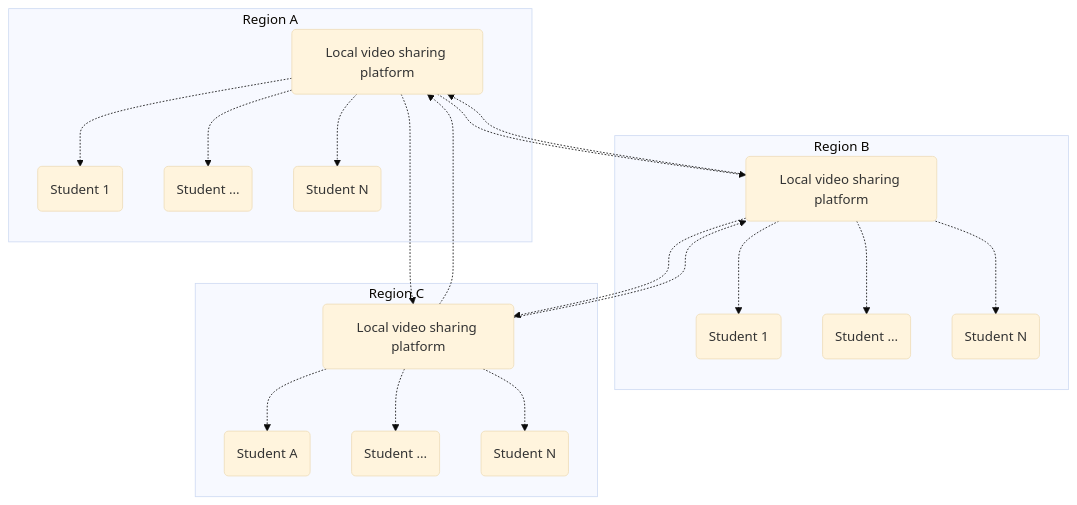
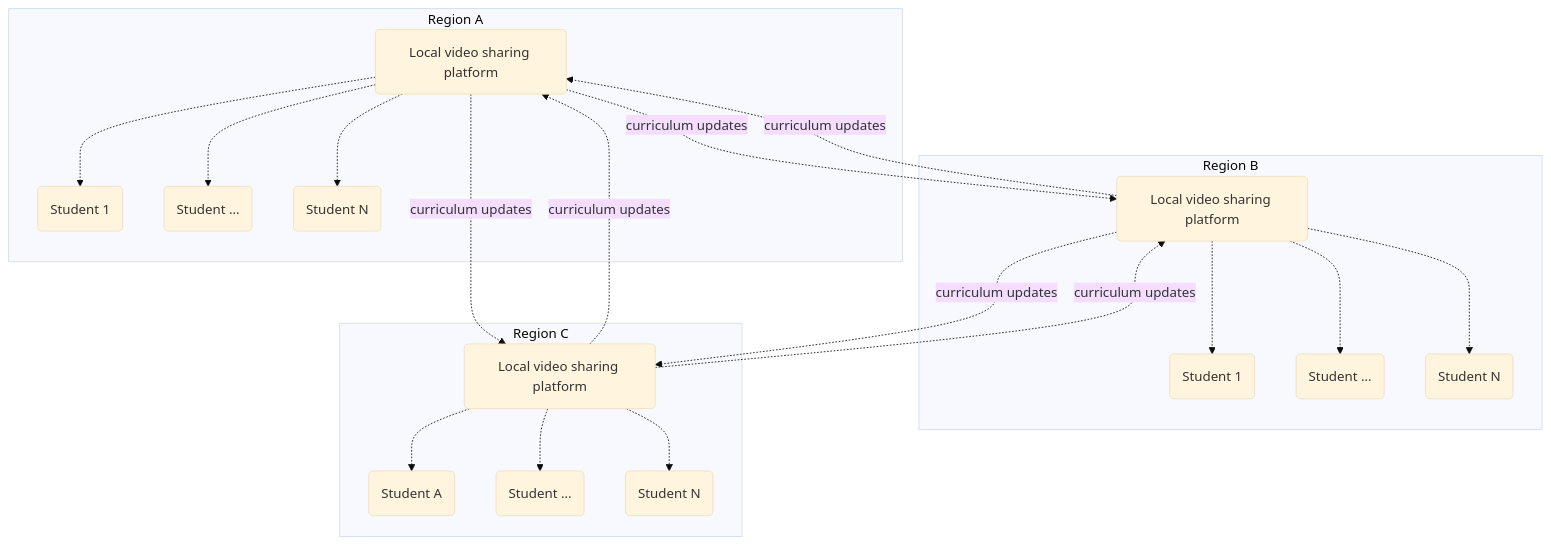
One commit to ourworldventures/ourworld_books_OLD changed the second of 2 diagrams in docs/feasibility_study/src/Capabilities/Education.md. Above: the diagram before and after it, drawn with Mermaid (base theme). The commit also changed 38 other files, not shown here.

Commit message:
Updated mermaids

````diff
--- a/docs/feasibility_study/src/Capabilities/Education.md
+++ b/docs/feasibility_study/src/Capabilities/Education.md
@@ -63,40 +63,40 @@
 ```mermaid
 graph TD
     subgraph Region A
         INDIVIDUALAA(Student 1)
         INDIVIDUALAC(Student ...)
         INDIVIDUALAD(Student N)
         VIDEOPLATFORMA(Local video sharing platform)
         VIDEOPLATFORMA .-> INDIVIDUALAA
         VIDEOPLATFORMA .-> INDIVIDUALAC
         VIDEOPLATFORMA .-> INDIVIDUALAD
     end
 
     subgraph Region B
         INDIVIDUALBA(Student 1)
         INDIVIDUALBC(Student ...)
         INDIVIDUALBD(Student N)
         VIDEOPLATFORMB(Local video sharing platform)
         VIDEOPLATFORMB .-> INDIVIDUALBA
         VIDEOPLATFORMB .-> INDIVIDUALBC
         VIDEOPLATFORMB .-> INDIVIDUALBD
     end   
 
     subgraph Region C
         INDIVIDUALCA(Student A)
         INDIVIDUALCC(Student ...)
         INDIVIDUALCD(Student N)
         VIDEOPLATFORMC(Local video sharing platform)
         VIDEOPLATFORMC .-> INDIVIDUALCA
         VIDEOPLATFORMC .-> INDIVIDUALCC
         VIDEOPLATFORMC .-> INDIVIDUALCD
     end   
 
-    VIDEOPLATFORMA .-> VIDEOPLATFORMB
-    VIDEOPLATFORMB .-> VIDEOPLATFORMC
-    VIDEOPLATFORMA .-> VIDEOPLATFORMC
+    VIDEOPLATFORMA .->|curriculum updates| VIDEOPLATFORMB
+    VIDEOPLATFORMB .->|curriculum updates| VIDEOPLATFORMC
+    VIDEOPLATFORMA .->|curriculum updates| VIDEOPLATFORMC
 
-    VIDEOPLATFORMC .-> VIDEOPLATFORMB
-    VIDEOPLATFORMC .-> VIDEOPLATFORMA
-    VIDEOPLATFORMB .-> VIDEOPLATFORMA
+    VIDEOPLATFORMC .->|curriculum updates| VIDEOPLATFORMB
+    VIDEOPLATFORMC .->|curriculum updates| VIDEOPLATFORMA
+    VIDEOPLATFORMB .->|curriculum updates| VIDEOPLATFORMA
 ```
````
